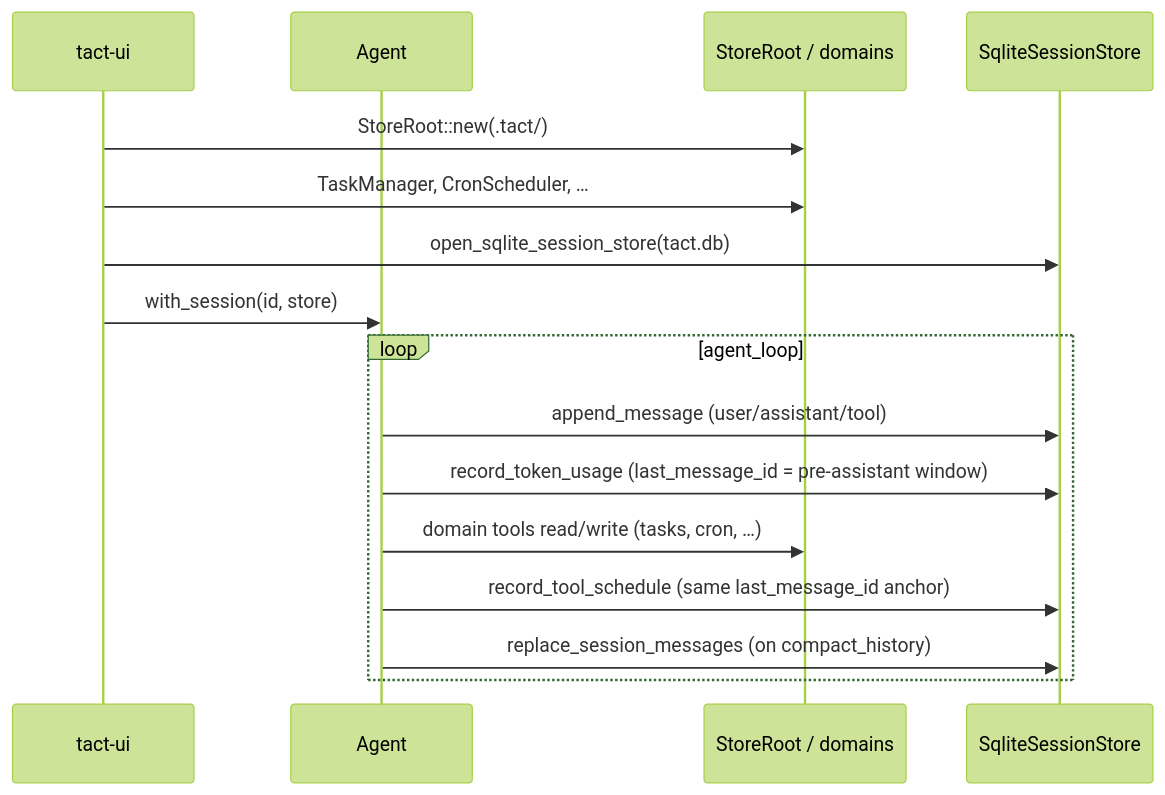
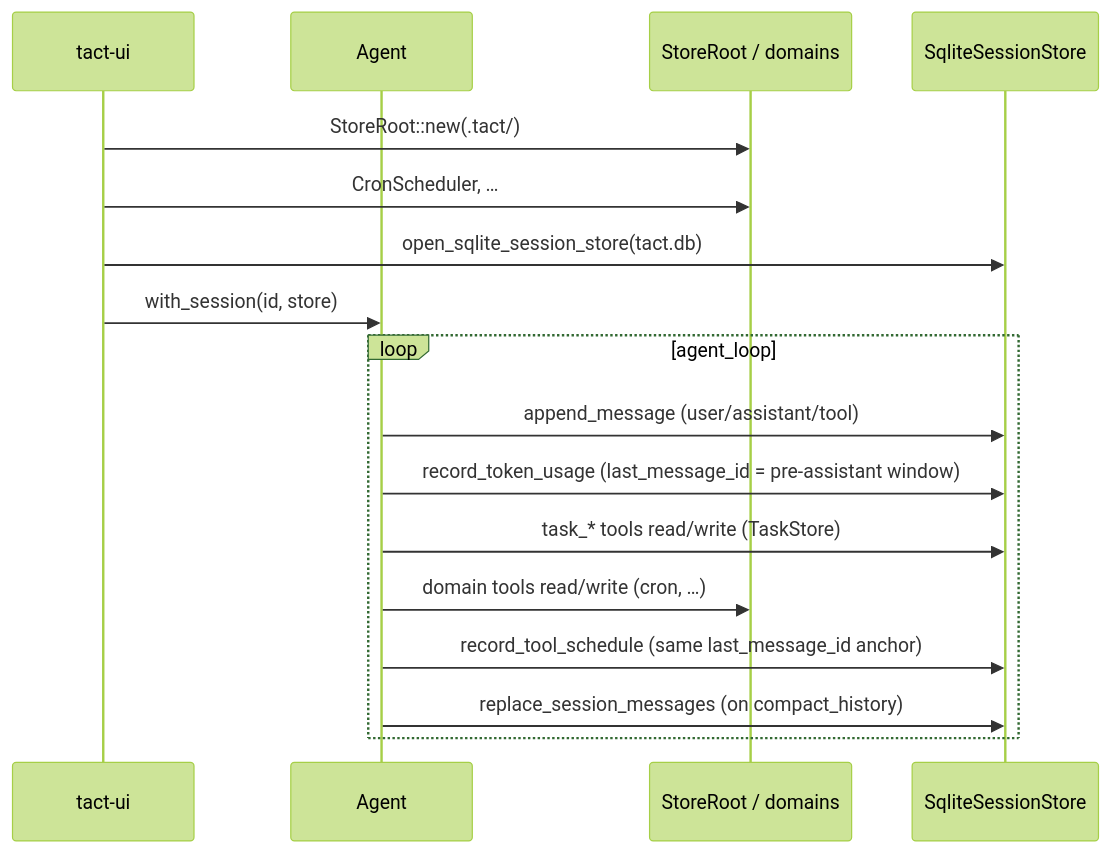
Before and after one commit to rust-infra/tact: the second of 2 diagrams in book/01_chapter_store.md, drawn with Mermaid (forest theme). The commit also changed other lines of this file and 16 other files, not shown here.

First line of the commit message:
feat(task): migrate tasks storage from JSON files to SQLite

````diff
--- a/book/01_chapter_store.md
+++ b/book/01_chapter_store.md
@@ -177,20 +176,21 @@
 ```mermaid
 sequenceDiagram
     participant TUI as tact-ui
     participant Agent
     participant JSON as StoreRoot / domains
     participant SQL as SqliteSessionStore
 
     TUI->>JSON: StoreRoot::new(.tact/)
-    TUI->>JSON: TaskManager, CronScheduler, …
+    TUI->>JSON: CronScheduler, …
     TUI->>SQL: open_sqlite_session_store(tact.db)
     TUI->>Agent: with_session(id, store)
 
     loop agent_loop
         Agent->>SQL: append_message (user/assistant/tool)
         Agent->>SQL: record_token_usage (last_message_id = pre-assistant window)
-        Agent->>JSON: domain tools read/write (tasks, cron, …)
+        Agent->>SQL: task_* tools read/write (TaskStore)
+        Agent->>JSON: domain tools read/write (cron, …)
         Agent->>SQL: record_tool_schedule (same last_message_id anchor)
         Agent->>SQL: replace_session_messages (on compact_history)
     end
 ```
````
